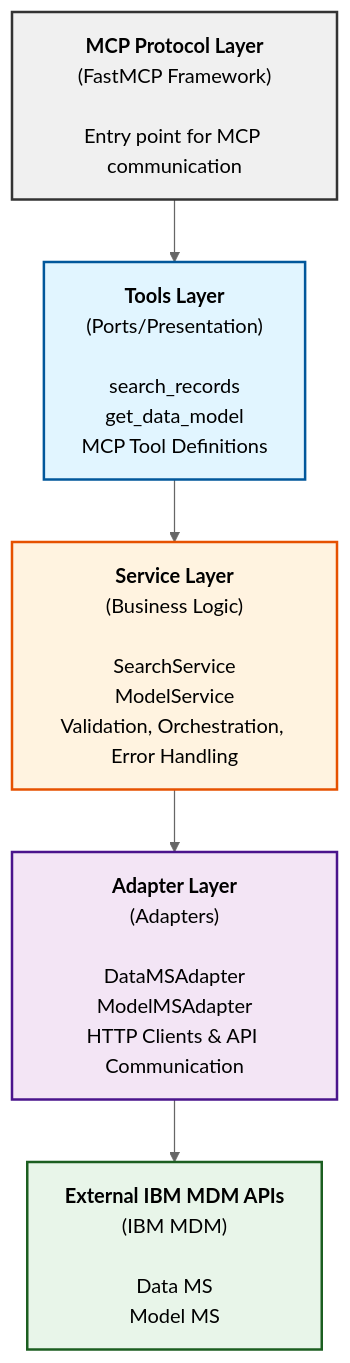
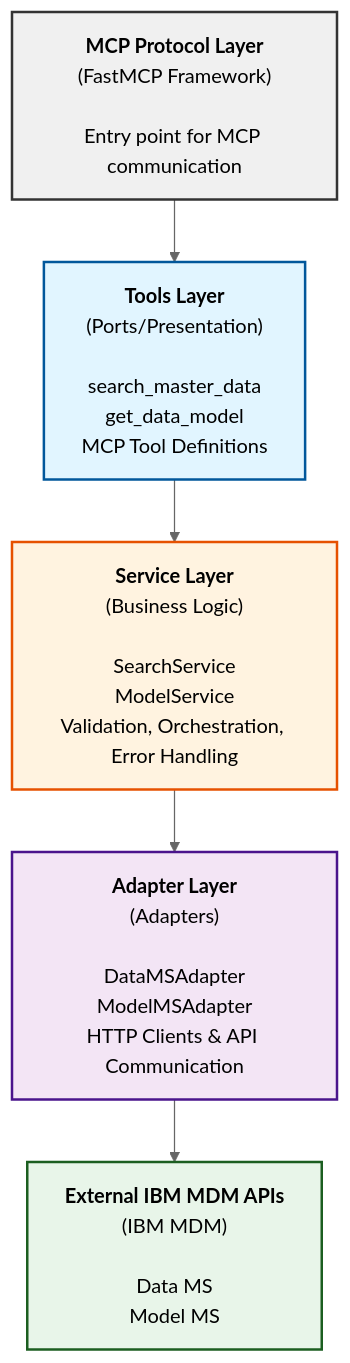
Before and after one commit to IBM/mdm-mcp-server: the first of 6 diagrams in docs/ARCHITECTURE.md, drawn with Mermaid (neutral theme). The commit also changed other lines of this file and 3 other files, not shown here.

Commit message:
Update markdown files with the updated search_master_data tool references (#3)

````diff
--- a/docs/ARCHITECTURE.md
+++ b/docs/ARCHITECTURE.md
@@ -40,13 +40,13 @@
 ```mermaid
 graph TD
-    A["<b>MCP Protocol Layer</b><br/>(FastMCP Framework)<br/><br/>Entry point for MCP communication"] --> B["<b>Tools Layer</b><br/>(Ports/Presentation)<br/><br/>search_records<br/>get_data_model<br/>MCP Tool Definitions"]
+    A["<b>MCP Protocol Layer</b><br/>(FastMCP Framework)<br/><br/>Entry point for MCP communication"] --> B["<b>Tools Layer</b><br/>(Ports/Presentation)<br/><br/>search_master_data<br/>get_data_model<br/>MCP Tool Definitions"]
     B --> C["<b>Service Layer</b><br/>(Business Logic)<br/><br/>SearchService<br/>ModelService<br/>Validation, Orchestration, Error Handling"]
     C --> D["<b>Adapter Layer</b><br/>(Adapters)<br/><br/>DataMSAdapter<br/>ModelMSAdapter<br/>HTTP Clients & API Communication"]
     D --> E["<b>External IBM MDM APIs</b><br/>(IBM MDM)<br/><br/>Data MS<br/>Model MS"]
     
     style A fill:#f0f0f0,stroke:#333,stroke-width:2px
     style B fill:#e1f5ff,stroke:#01579b,stroke-width:2px
     style C fill:#fff3e0,stroke:#e65100,stroke-width:2px
     style D fill:#f3e5f5,stroke:#4a148c,stroke-width:2px
     style E fill:#e8f5e9,stroke:#1b5e20,stroke-width:2px
 ```
````
